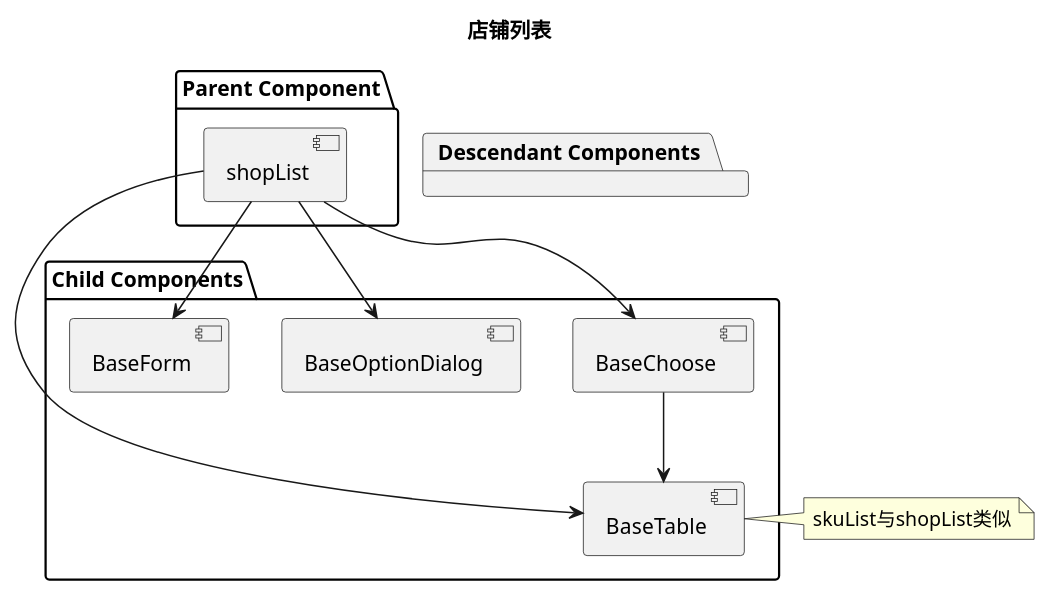
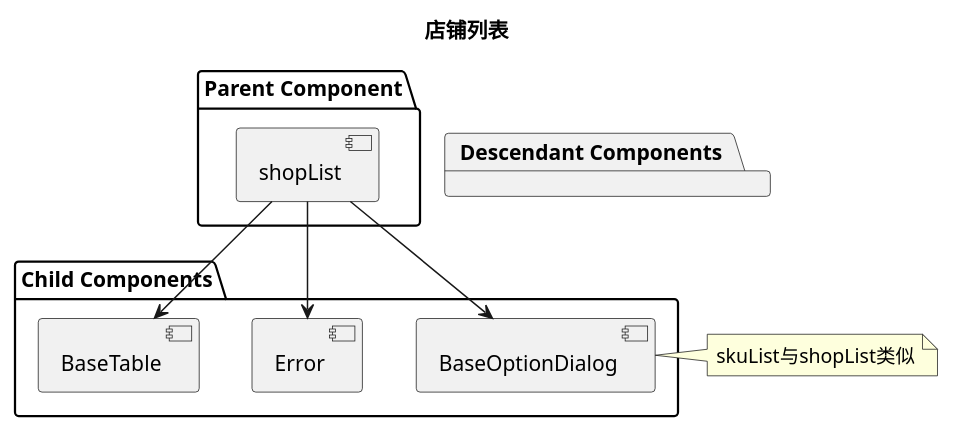
The third of 3 diagrams in docs/component-design/system.puml (futurekidult/lis), drawn with PlantUML before and after one commit. The commit also changed other lines of this file, not shown here.

```diff
--- a/docs/component-design/system.puml
+++ b/docs/component-design/system.puml
@@ -55,29 +67,26 @@
 @startuml
 title 店铺列表
 
 package "Parent Component" {
   [shopList]
 }
 
 package "Child Components" {
-  [BaseChoose]
+  [Error]
+  [BaseTable]
   [BaseOptionDialog]
-  [BaseForm]
-  [BaseTable]
 }
 
 package "Descendant Components" {
   [BaseTable]
 }
 
-[shopList]                     -->       [BaseChoose]
+[shopList]                     -->       [Error]
+[shopList]                     -->       [BaseTable]
 [shopList]                     -->       [BaseOptionDialog]
-[shopList]                     -->       [BaseForm]
-[shopList]                     -->       [BaseTable]
-[BaseChoose]              -->       [BaseTable]
 
 note right
   skuList与shopList类似
 end note
 
 @enduml
```
